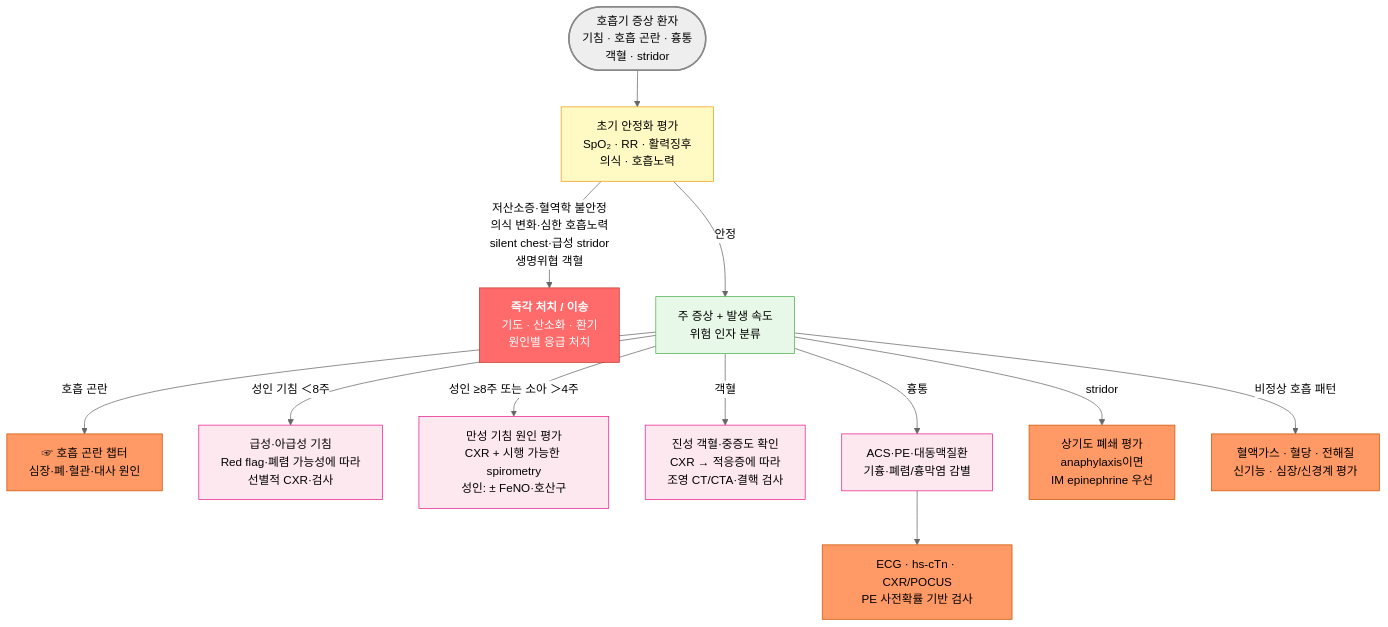
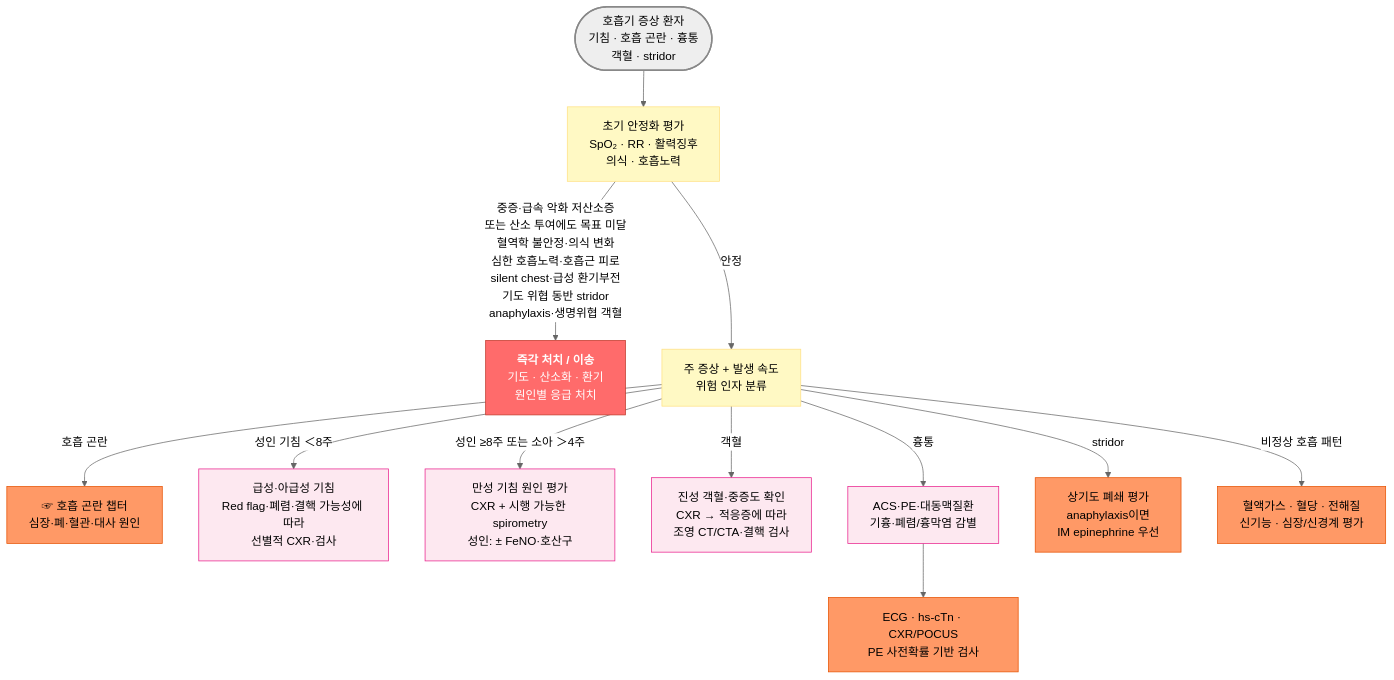
Before and after one commit to familyoh77/familyoh77: the diagram in 223_/059_-respdz.md, drawn with Mermaid (neutral theme). The commit also changed other lines of this file, not shown here.

````diff
--- a/223_/059_-respdz.md
+++ b/223_/059_-respdz.md
@@ -135,27 +143,26 @@
 ```mermaid
 graph TD
-    A(["호흡기 증상 환자<br/>기침 · 호흡 곤란 · 흉통<br/>객혈 · stridor"])
-    --> B["초기 안정화 평가<br/>SpO₂ · RR · 활력징후<br/>의식 · 호흡노력"]
+    A(["호흡기 증상 환자<br/>기침 · 호흡 곤란 · 흉통<br/>객혈 · stridor"]) --> B["초기 안정화 평가<br/>SpO₂ · RR · 활력징후<br/>의식 · 호흡노력"]
 
-    B -->|"저산소증·혈역학 불안정<br/>의식 변화·심한 호흡노력<br/>silent chest·급성 stridor<br/>생명위협 객혈"| C["<b>즉각 처치 / 이송</b><br/>기도 · 산소화 · 환기<br/>원인별 응급 처치"]
+    B -->|"중증·급속 악화 저산소증<br/>또는 산소 투여에도 목표 미달<br/>혈역학 불안정·의식 변화<br/>심한 호흡노력·호흡근 피로<br/>silent chest·급성 환기부전<br/>기도 위협 동반 stridor<br/>anaphylaxis·생명위협 객혈"| C["<b>즉각 처치 / 이송</b><br/>기도 · 산소화 · 환기<br/>원인별 응급 처치"]
     B -->|안정| D["주 증상 + 발생 속도<br/>위험 인자 분류"]
 
     D -->|호흡 곤란| E["☞ 호흡 곤란 챕터<br/>심장·폐·혈관·대사 원인"]
-    D -->|"성인 기침 ＜8주"| F["급성·아급성 기침<br/>Red flag·폐렴 가능성에 따라<br/>선별적 CXR·검사"]
+    D -->|"성인 기침 ＜8주"| F["급성·아급성 기침<br/>Red flag·폐렴·결핵 가능성에 따라<br/>선별적 CXR·검사"]
     D -->|"성인 ≥8주 또는 소아 ＞4주"| G["만성 기침 원인 평가<br/>CXR + 시행 가능한 spirometry<br/>성인: ± FeNO·호산구"]
     D -->|객혈| H["진성 객혈·중증도 확인<br/>CXR → 적응증에 따라<br/>조영 CT/CTA·결핵 검사"]
     D -->|흉통| I["ACS·PE·대동맥질환<br/>기흉·폐렴/흉막염 감별"]
     D -->|stridor| J["상기도 폐쇄 평가<br/>anaphylaxis이면<br/>IM epinephrine 우선"]
     D -->|비정상 호흡 패턴| K["혈액가스 · 혈당 · 전해질<br/>신기능 · 심장/신경계 평가"]
 
     I --> L["ECG · hs-cTn · CXR/POCUS<br/>PE 사전확률 기반 검사"]
 
 style A fill:#eeeeee,stroke:#888888,stroke-width:2px
-style B fill:#fff9c4,stroke:#f39c12
-style D fill:#e8f8e8,stroke:#4caf50
+style B fill:#fff9c4,stroke:#ffe082
+style D fill:#fff9c4,stroke:#ffe082
 style C fill:#ff6b6b,stroke:#c0392b,color:#fff
 classDef pink fill:#fde8f0,stroke:#e91e8c
 class F,G,H,I pink
-classDef peach fill:#ff9966,stroke:#cc5500
+classDef peach fill:#f96,stroke:#e65100
 class E,J,K,L peach
 ```
````
